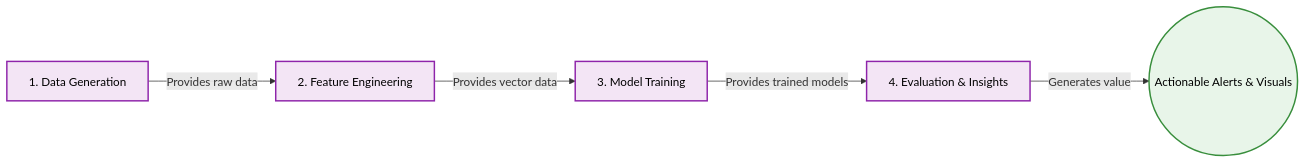
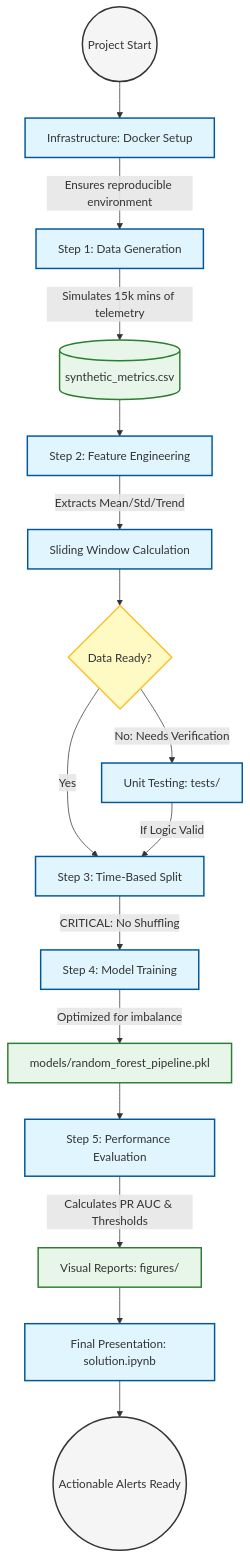
The diagram in README.md (JinTonikCZ/cloud-metrics-incident-prediction), drawn with Mermaid before and after one commit. The commit also changed other lines of this file, not shown here.

````diff
--- a/README.md
+++ b/README.md
@@ -73,19 +57,31 @@
 ```mermaid
-flowchart LR
-    %% High-level architecture styles
-    classDef phase fill:#f3e5f5,stroke:#8e24aa,stroke-width:2px,color:#000;
-    classDef output fill:#e8f5e9,stroke:#388e3c,stroke-width:2px,color:#000;
+flowchart TD
+    %% Global Styles
+    classDef start fill:#f5f5f5,stroke:#333,stroke-width:2px;
+    classDef process fill:#e1f5fe,stroke:#01579b,stroke-width:2px;
+    classDef logic fill:#fff9c4,stroke:#fbc02d,stroke-width:2px;
+    classDef output fill:#e8f5e9,stroke:#2e7d32,stroke-width:2px;
 
-    %% Main flow with descriptive edge labels
-    A[1. Data Generation]:::phase -->|Provides raw data| B[2. Feature Engineering]:::phase
-    B -->|Provides vector data| C[3. Model Training]:::phase
-    C -->|Provides trained models| D[4. Evaluation & Insights]:::phase
-
-    D -->|Generates value| E((Actionable Alerts & Visuals)):::output
-
-    %% Contextual notes (as descriptive comments)
-    %% Note1: Phase 1 simulates the cloud environment, injecting errors and anomalies based on statistical rules.
-    %% Note2: Phase 2 compresses 30 minutes of time-series data into logical features (mean, std) suitable for ML.
-    %% Note3: Phase 3 applies Machine Learning (e.g., Random Forest) while strictly avoiding Data Leakage.
-    %% Note4: Phase 4 validates business value, focusing on alert fatigue (Precision) and missed incidents (Recall).
+    Start((Project Start)):::start --> Docker[Infrastructure: Docker Setup]:::process
+    Docker -->|Ensures reproducible environment| Gen[Step 1: Data Generation]:::process
+    
+    Gen -->|Simulates 15k mins of telemetry| RawData[(synthetic_metrics.csv)]:::output
+    
+    RawData --> Engineering[Step 2: Feature Engineering]:::process
+    Engineering -->|Extracts Mean/Std/Trend| Windows[Sliding Window Calculation]:::process
+    
+    Windows --> Branch{Data Ready?}:::logic
+    Branch -->|Yes| Split[Step 3: Time-Based Split]:::process
+    Branch -->|No: Needs Verification| Tests[Unit Testing: tests/]:::process
+    
+    Tests -->|If Logic Valid| Split
+    
+    Split -->|CRITICAL: No Shuffling| Training[Step 4: Model Training]:::process
+    Training -->|Optimized for imbalance| ModelFile[models/random_forest_pipeline.pkl]:::output
+    
+    ModelFile --> Eval[Step 5: Performance Evaluation]:::process
+    Eval -->|Calculates PR AUC & Thresholds| Plots[Visual Reports: figures/]:::output
+    
+    Plots --> Notebook[Final Presentation: solution.ipynb]:::process
+    Notebook --> End((Actionable Alerts Ready)):::start
 ```
````
